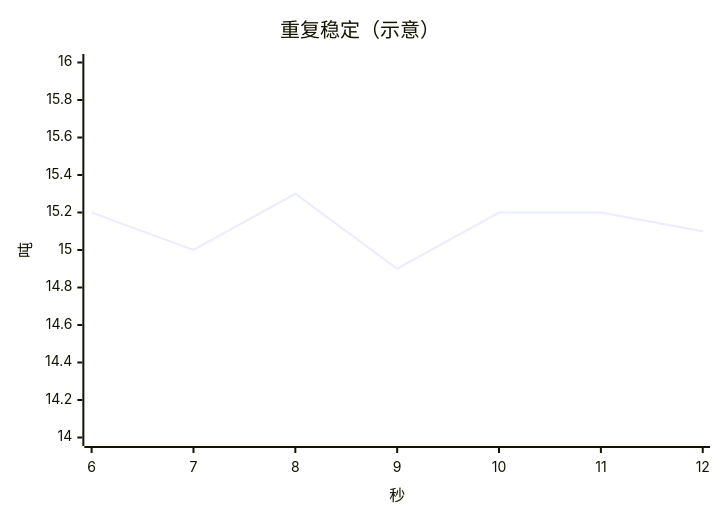
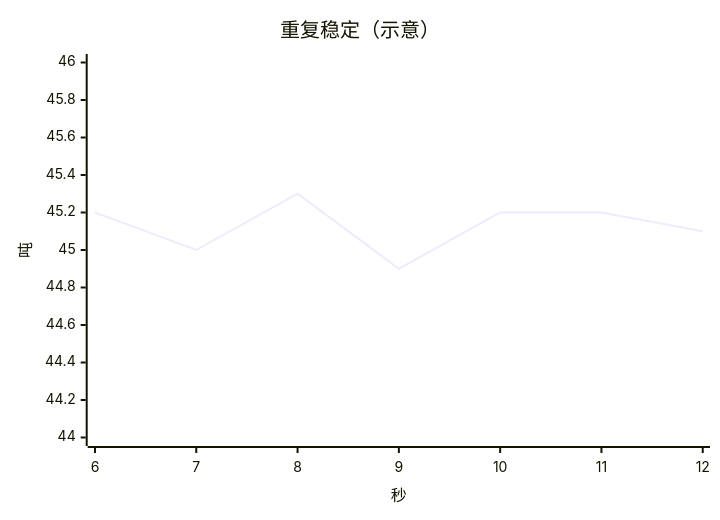
One commit to feewillowherb/MaterialMonospec changed the fourth of 5 diagrams in docs/2026-11-10-urban-busy-weighing-upload-on-stable/03-模式时序与图表.md. Above: the diagram before and after it, drawn with Mermaid. The commit also changed other lines of this file and 20 other files, not shown here.

````diff
--- a/docs/2026-11-10-urban-busy-weighing-upload-on-stable/03-模式时序与图表.md
+++ b/docs/2026-11-10-urban-busy-weighing-upload-on-stable/03-模式时序与图表.md
@@ -101,7 +103,7 @@
 ```mermaid
 xychart-beta
   title "重复稳定（示意）"
   x-axis "秒" [6, 7, 8, 9, 10, 11, 12]
-  y-axis "吨" 14 --> 16
-  line [15.2, 15.0, 15.3, 14.9, 15.2, 15.2, 15.1]
+  y-axis "吨" 44 --> 46
+  line [45.2, 45.0, 45.3, 44.9, 45.2, 45.2, 45.1]
 ```
````
